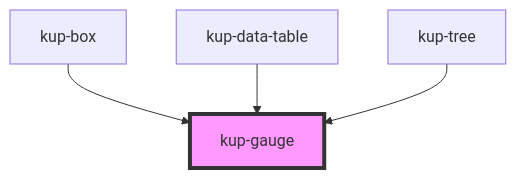
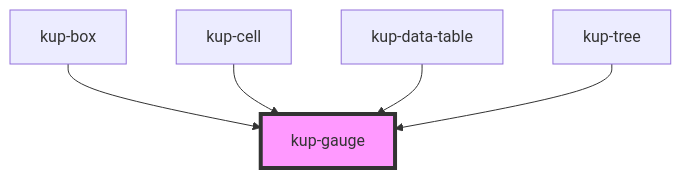
Before and after one commit to smeup/ketchup: the diagram in packages/ketchup/src/components/kup-gauge/readme.md, drawn with Mermaid. The commit also changed other lines of this file and 12 other files, not shown here.

````diff
--- a/packages/ketchup/src/components/kup-gauge/readme.md
+++ b/packages/ketchup/src/components/kup-gauge/readme.md
@@ -153,7 +154,8 @@
 ```mermaid
 graph TD;
   kup-box --> kup-gauge
+  kup-cell --> kup-gauge
   kup-data-table --> kup-gauge
   kup-tree --> kup-gauge
   style kup-gauge fill:#f9f,stroke:#333,stroke-width:4px
 ```
````
